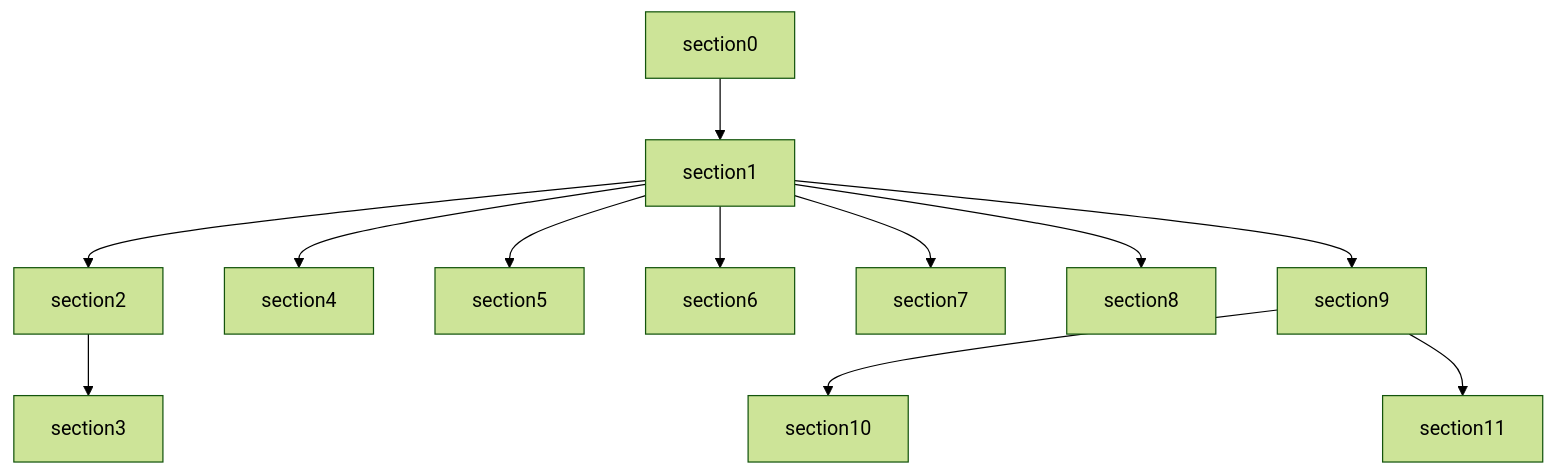
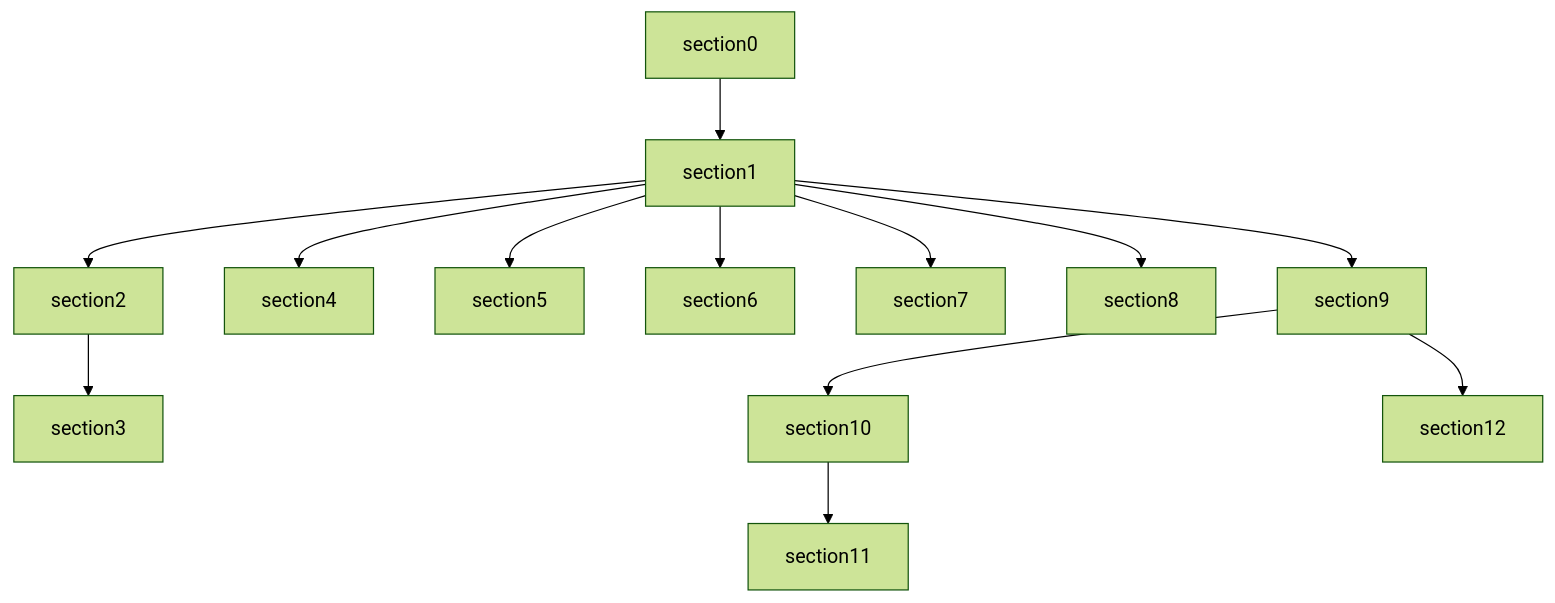
Before and after one commit to FDscend/obsidian_tutorial: the diagram in section0/01_学习路径与先修要求.md, drawn with Mermaid (forest theme). The commit also changed other lines of this file and 24 other files, not shown here.

````diff
--- a/section0/01_学习路径与先修要求.md
+++ b/section0/01_学习路径与先修要求.md
@@ -111,14 +112,15 @@
 ```mermaid
 graph TD
     section0 --> section1
     section1 --> section2
     section2 --> section3
     section1 --> section4
     section1 --> section5
     section1 --> section6
     section1 --> section7
     section1 --> section8
     section1 --> section9
     section9 --> section10
-    section9 --> section11
+    section10 --> section11
+    section9 --> section12
 ```
````
